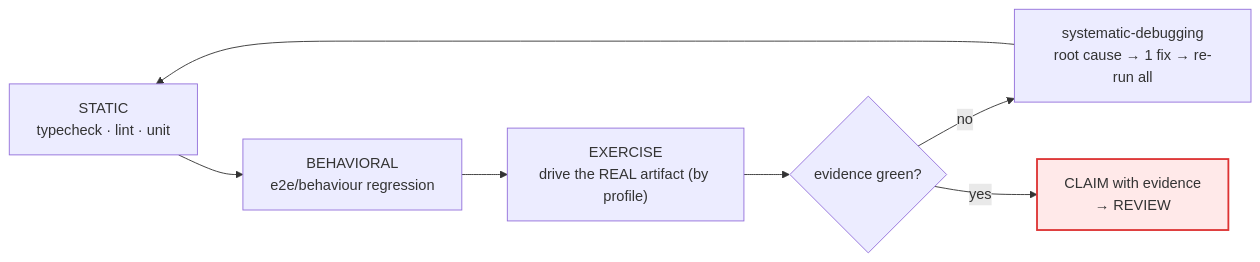
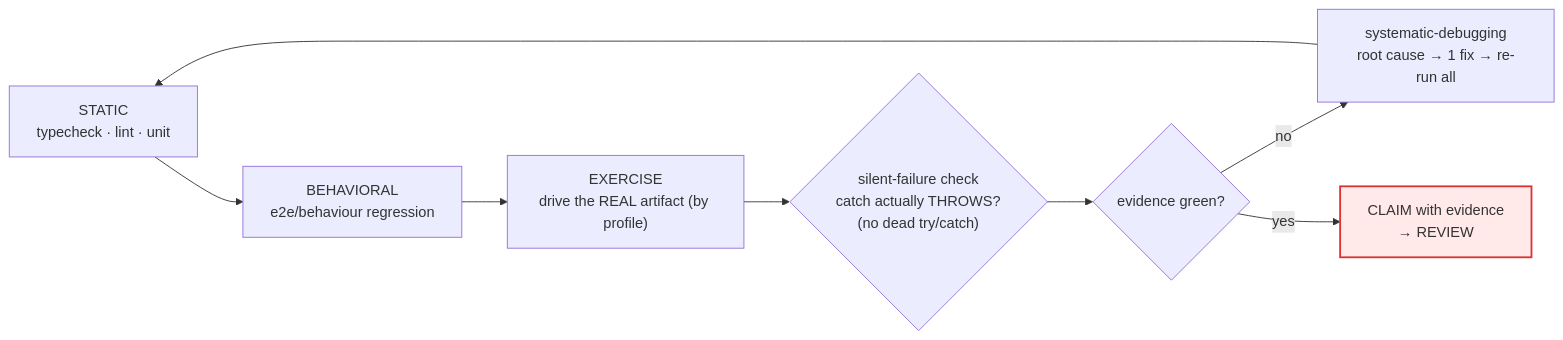
One commit to HenriGeorge/AutoCue changed the eighth of 16 diagrams in docs/OVERVIEW.md. Above: the diagram before and after it, drawn with Mermaid. The commit also changed other lines of this file and 45 other files, not shown here.

````diff
--- a/docs/OVERVIEW.md
+++ b/docs/OVERVIEW.md
@@ -152,11 +155,12 @@
 ```mermaid
 flowchart LR
     ST["STATIC<br/>typecheck · lint · unit"] --> BE["BEHAVIORAL<br/>e2e/behaviour regression"]
     BE --> EX["EXERCISE<br/>drive the REAL artifact (by profile)"]
-    EX --> Q{evidence green?}
+    EX --> SF{"silent-failure check<br/>catch actually THROWS?<br/>(no dead try/catch)"}
+    SF --> Q{evidence green?}
     Q -->|no| DBG["systematic-debugging<br/>root cause → 1 fix → re-run all"]
     DBG --> ST
     Q -->|yes| CL["CLAIM with evidence<br/>→ REVIEW"]
-    classDef gate fill:#ffe9e9,stroke:#d33,stroke-width:2px;
+    classDef gate fill:#ffe9e9,stroke:#d33,stroke-width:2px,color:#333;
     class CL gate;
 ```
````
